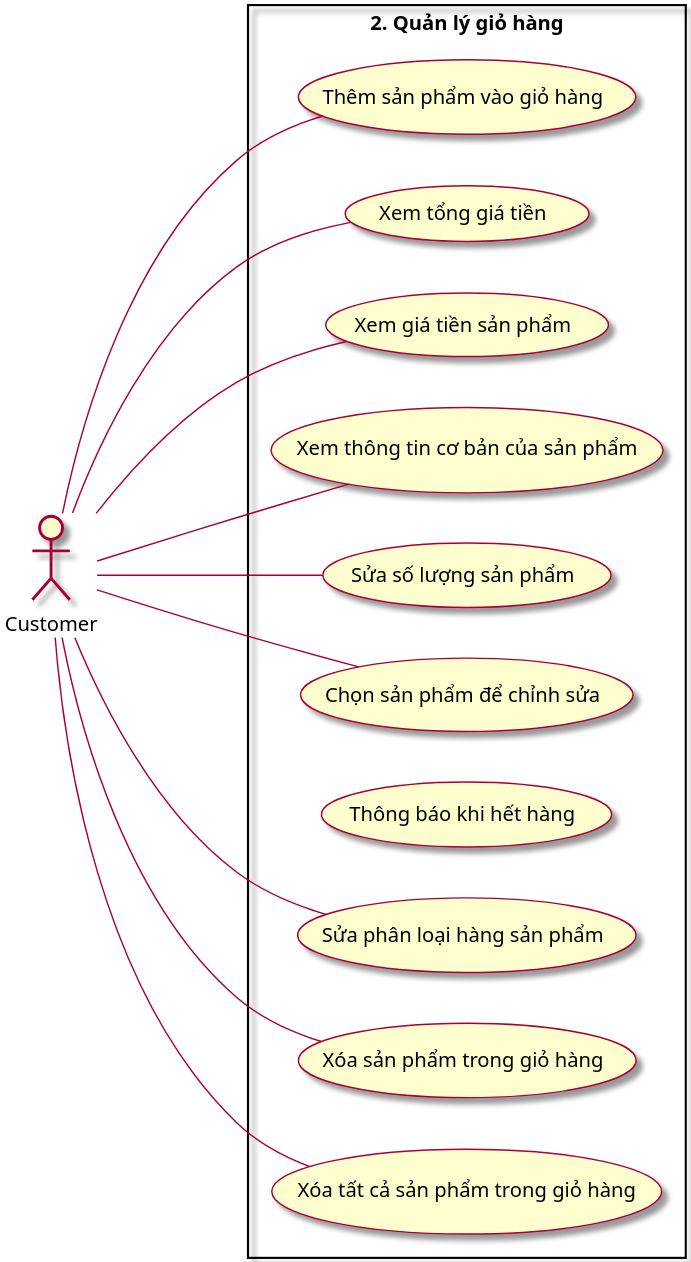
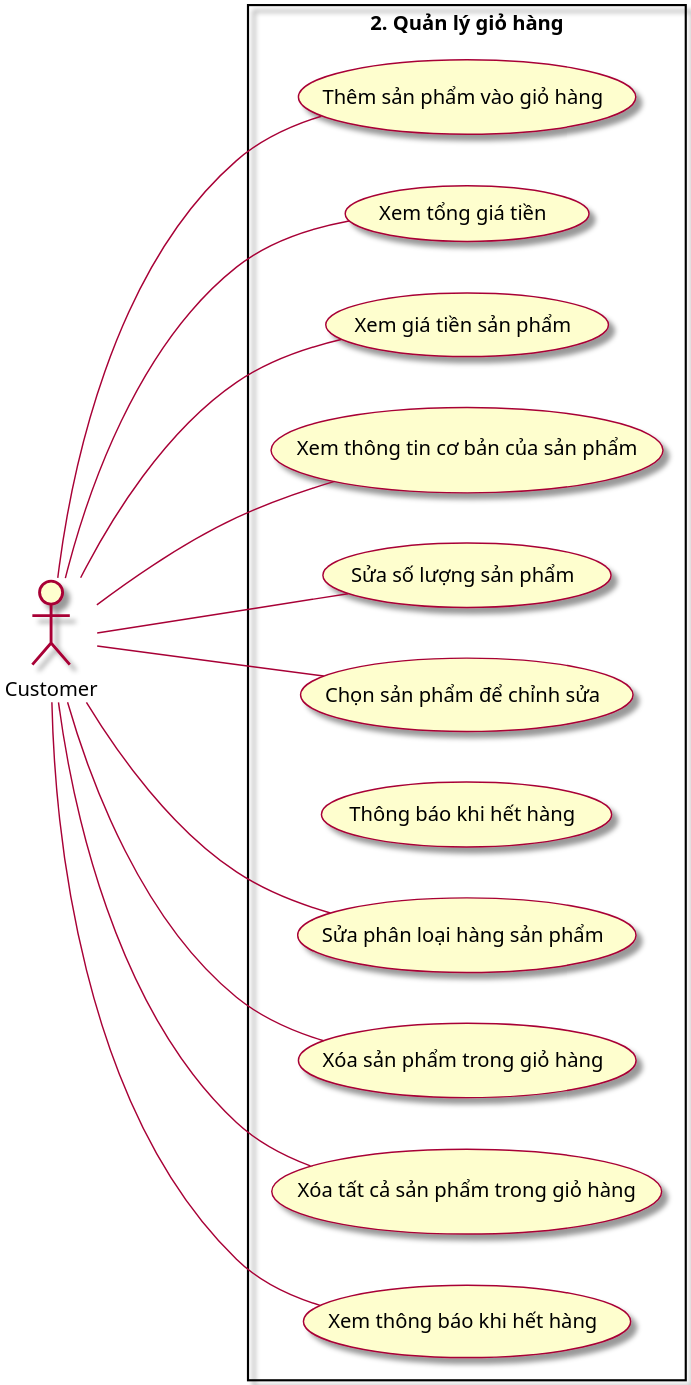
Before and after one commit to Marowota/ecommerce-plantuml: the diagram in Usecase/2. ManageCart.puml, drawn with PlantUML.

Commit message:
update uc2

```diff
--- a/Usecase/2. ManageCart.puml
+++ b/Usecase/2. ManageCart.puml
@@ -1,32 +1,34 @@
 @startuml ManageCart
 
 left to right direction
 scale 3
 skin rose
 
 actor Customer as customer
 
 rectangle "2. Quản lý giỏ hàng" {
     usecase (Thêm sản phẩm vào giỏ hàng) as tspvgh
     usecase (Xem tổng giá tiền) as xtgt
     usecase (Xem giá tiền sản phẩm) as xgtsp
     usecase (Xem thông tin cơ bản của sản phẩm) as xttcbcsp
     usecase (Sửa số lượng sản phẩm) as sslsp
     usecase (Chọn sản phẩm để chỉnh sửa) as cspdcs
     usecase (Thông báo khi hết hàng) as tbkhh
     usecase (Sửa phân loại hàng sản phẩm) as splhsp
     usecase (Xóa sản phẩm trong giỏ hàng) as xsptrgh
     usecase (Xóa tất cả sản phẩm trong giỏ hàng) as xttcsptrgh
+    usecase (Xem thông báo khi hết hàng) as xtbkhh
 }
 
 customer --- tspvgh
 customer --- xtgt
 customer --- xgtsp
 customer --- xttcbcsp
 customer --- sslsp
 customer --- cspdcs
 customer --- splhsp
 customer --- xsptrgh
 customer --- xttcsptrgh
+customer --- xtbkhh
 
 @enduml
```
